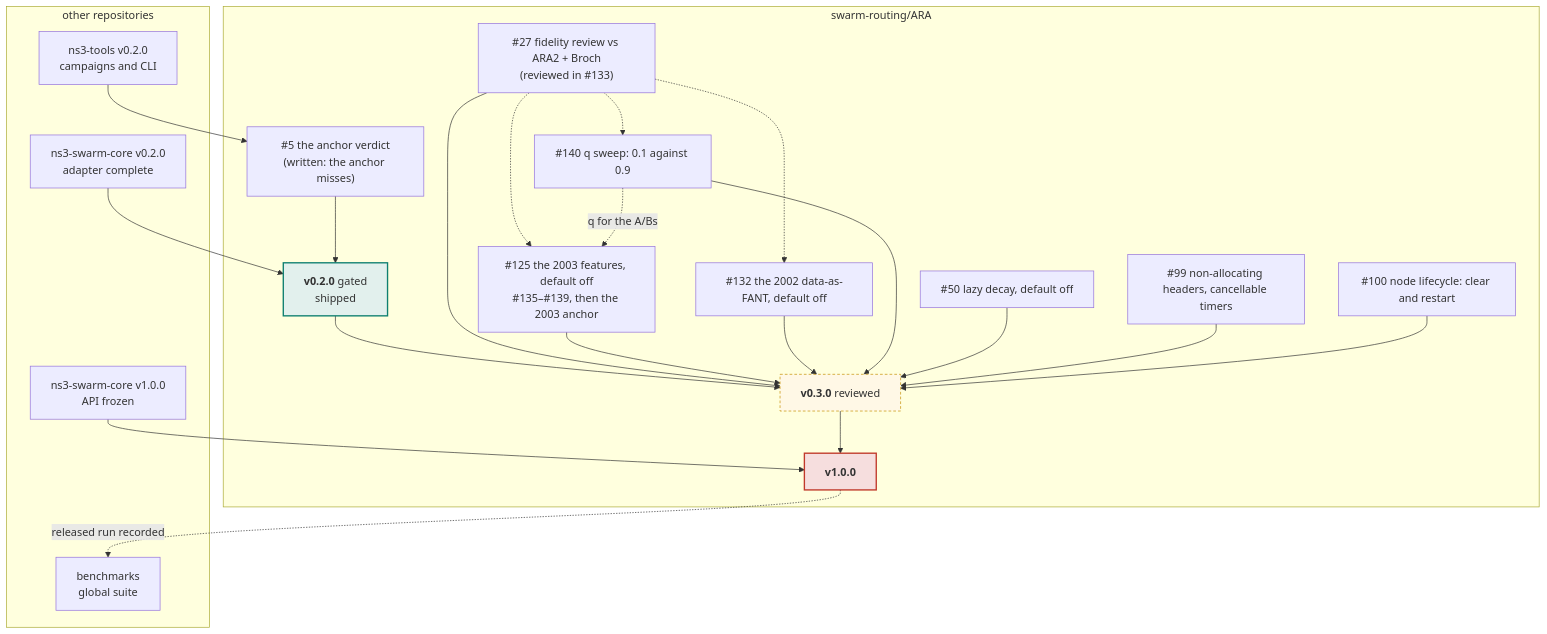
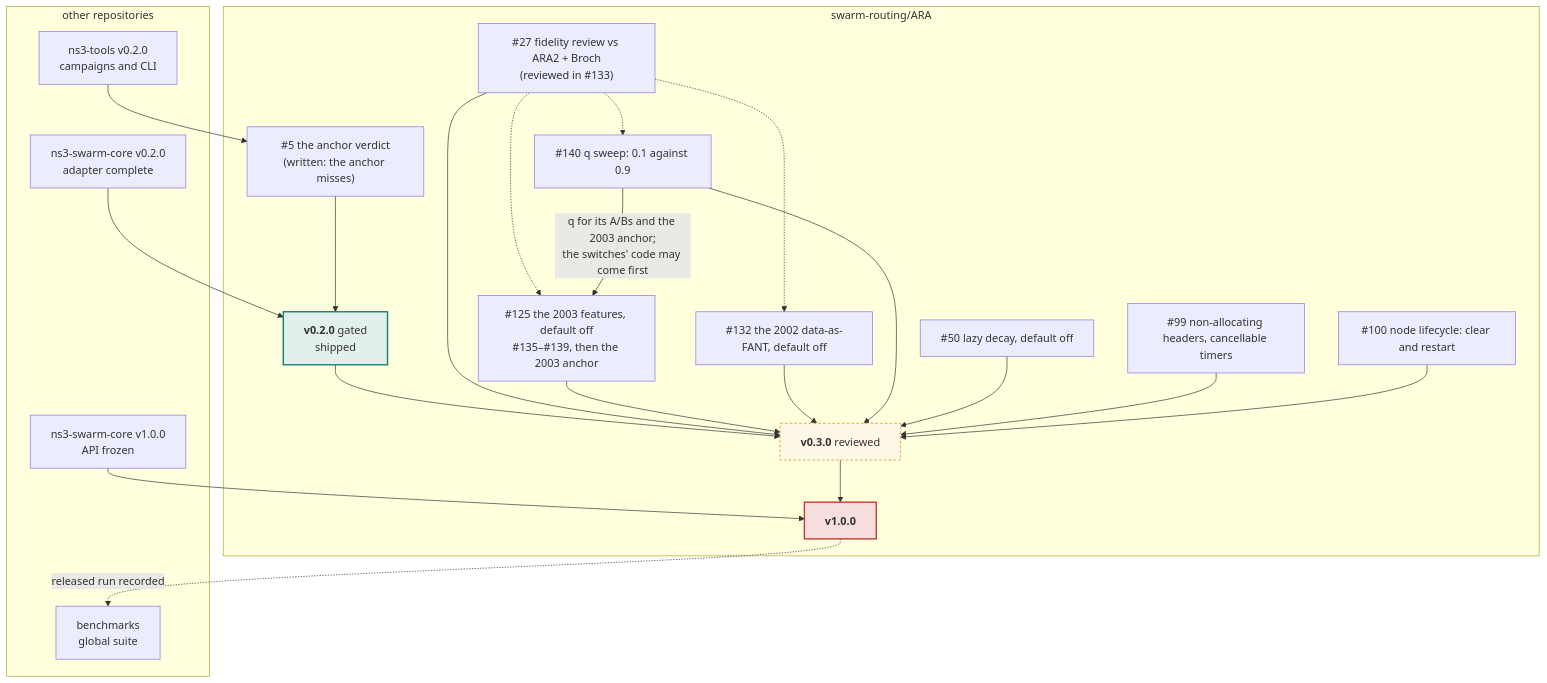
One commit to swarm-routing/ARA changed the second of 2 diagrams in docs/roadmap.md. Above: the diagram before and after it, drawn with Mermaid.

Commit message:
docs(roadmap): the q sweep is a hard dependency of #125's A/Bs and anchor
Review of #141 (CodeRabbit): the legend says solid arrows are hard
dependencies and dashed ones inform, and the v0.3.0 row says #140 goes first
because it sets q for the A/Bs, but the arrow from #140 to #125 was dashed.
It is now solid, labelled with what depends on it: #125's A/Bs and the 2003
anchor need q; the switches' code does not, and may land first.

Claude-Session: https://claude.ai/code/session_01Qx5bTRuKWg4H98dGNEgNdi

````diff
--- a/docs/roadmap.md
+++ b/docs/roadmap.md
@@ -61,45 +61,45 @@
 ```mermaid
 flowchart TB
     subgraph ARA["swarm-routing/ARA"]
         I5["#5 the anchor verdict<br/>(written: the anchor misses)"]
         I27["#27 fidelity review vs ARA2 + Broch<br/>(reviewed in #133)"]
         I125["#125 the 2003 features, default off<br/>#135–#139, then the 2003 anchor"]
         I132["#132 the 2002 data-as-FANT, default off"]
         I140["#140 q sweep: 0.1 against 0.9"]
         I50["#50 lazy decay, default off"]
         I99["#99 non-allocating headers, cancellable timers"]
         I100["#100 node lifecycle: clear and restart"]
         V02["<b>v0.2.0</b> gated<br/>shipped"]
         V03["<b>v0.3.0</b> reviewed"]
         V10["<b>v1.0.0</b>"]
     end
     subgraph XR["other repositories"]
         T02["ns3-tools v0.2.0<br/>campaigns and CLI"]
         S02["ns3-swarm-core v0.2.0<br/>adapter complete"]
         S10["ns3-swarm-core v1.0.0<br/>API frozen"]
         BM["benchmarks<br/>global suite"]
     end
 
     I5 --> V02
     T02 --> I5
     S02 --> V02
     V02 --> V03
     I27 --> V03
     I27 -.-> I125
     I27 -.-> I132
     I27 -.-> I140
-    I140 -.->|"q for the A/Bs"| I125
+    I140 -->|"q for its A/Bs and the 2003 anchor;<br/>the switches' code may come first"| I125
     I125 --> V03
     I132 --> V03
     I140 --> V03
     I50 --> V03
     I99 --> V03
     I100 --> V03
     V03 --> V10
     S10 --> V10
     V10 -.->|"released run recorded"| BM
 
     style V02 fill:#e2f0ed,stroke:#0f7f70,stroke-width:2px
     style V03 fill:#fff8e6,stroke:#c48f00,stroke-dasharray:4 3
     style V10 fill:#f6dede,stroke:#c0392b,stroke-width:2px
 ```
````
